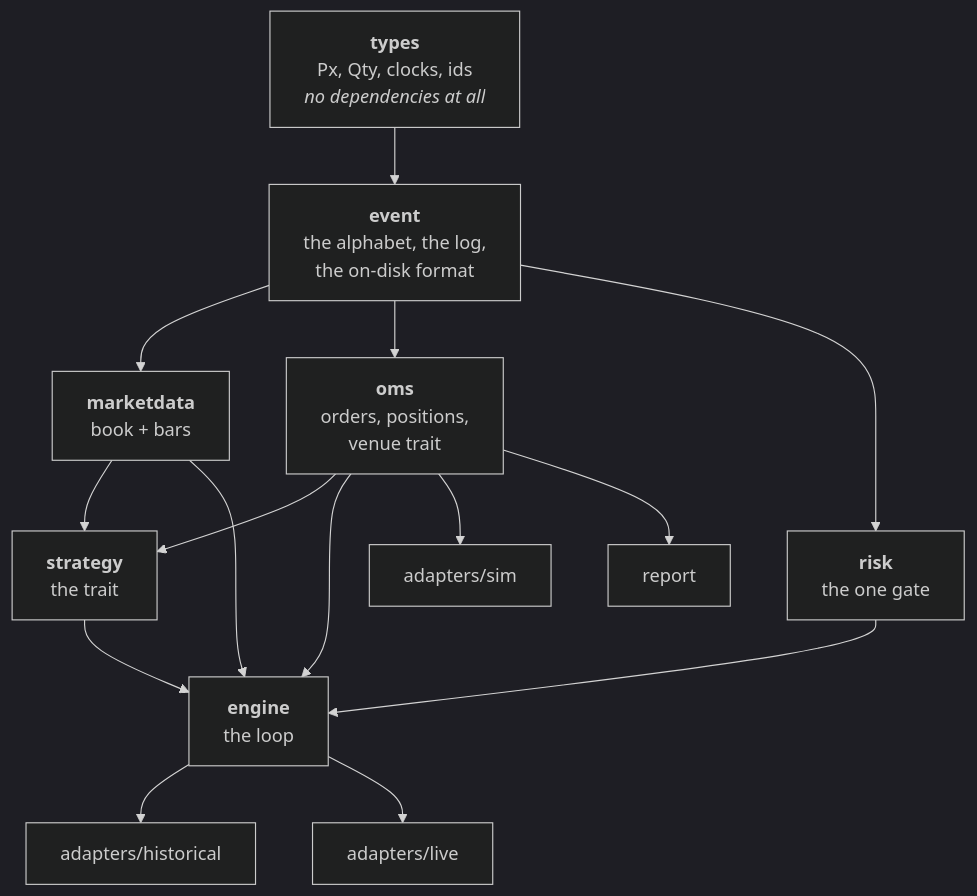
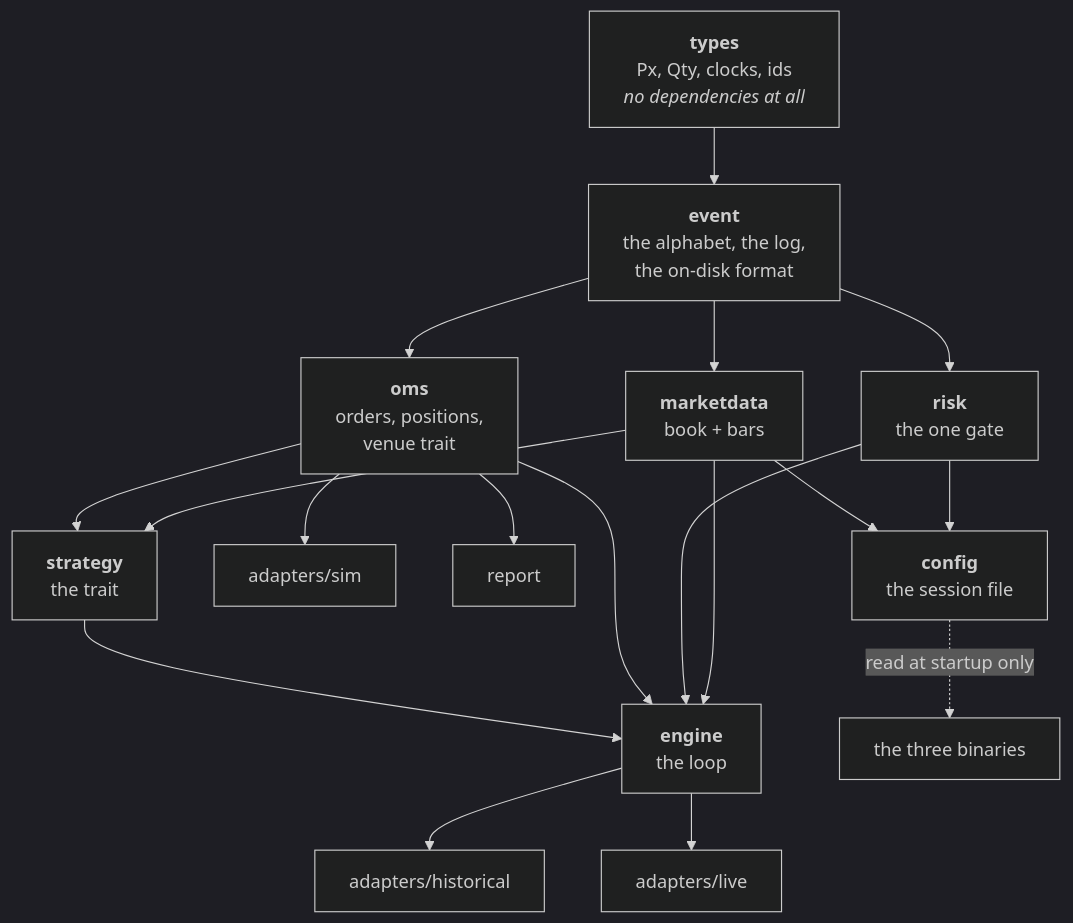
The fourth of 5 diagrams in ultra_trade/docs/SYSTEM-MAP.md (eelxpeng/AIQuant), drawn with Mermaid (dark theme) before and after one commit. The commit also changed other lines of this file and 14 other files, not shown here.

````diff
--- a/ultra_trade/docs/SYSTEM-MAP.md
+++ b/ultra_trade/docs/SYSTEM-MAP.md
@@ -133,26 +140,30 @@
 ```mermaid
 graph TD
     types["<b>types</b><br/>Px, Qty, clocks, ids<br/><i>no dependencies at all</i>"]
     event["<b>event</b><br/>the alphabet, the log,<br/>the on-disk format"]
     md["<b>marketdata</b><br/>book + bars"]
     oms["<b>oms</b><br/>orders, positions,<br/>venue trait"]
     risk["<b>risk</b><br/>the one gate"]
     strat["<b>strategy</b><br/>the trait"]
     eng["<b>engine</b><br/>the loop"]
 
     types --> event
     event --> md
     event --> oms
     event --> risk
     md --> strat
     oms --> strat
     md --> eng
     risk --> eng
     oms --> eng
     strat --> eng
 
     eng --> hist["adapters/historical"]
     eng --> live["adapters/live"]
     oms --> sim["adapters/sim"]
     oms --> rep["report"]
+
+    risk --> cfg["<b>config</b><br/>the session file"]
+    md --> cfg
+    cfg -.->|"read at startup only"| BINS["the three binaries"]
 ```
````
